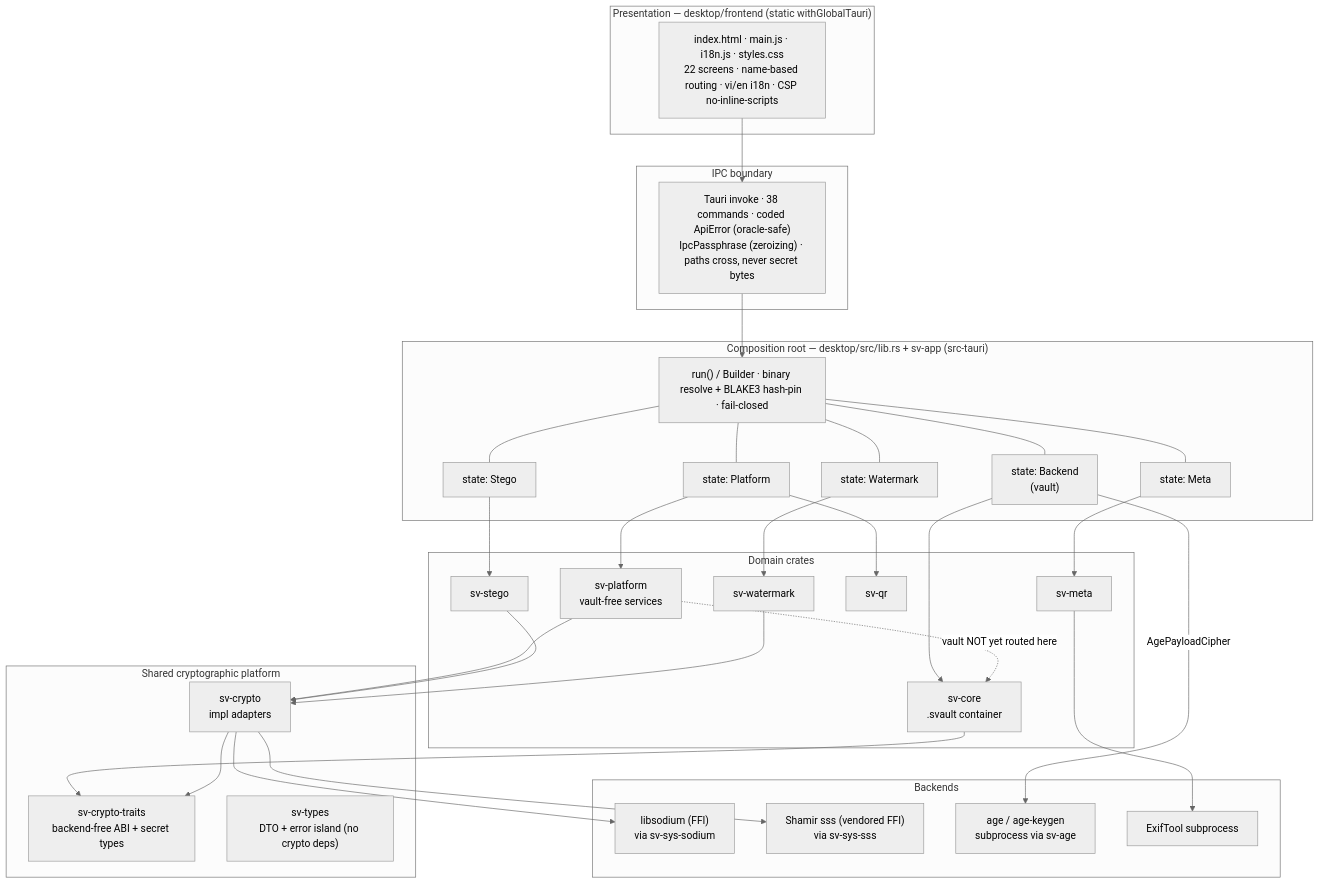
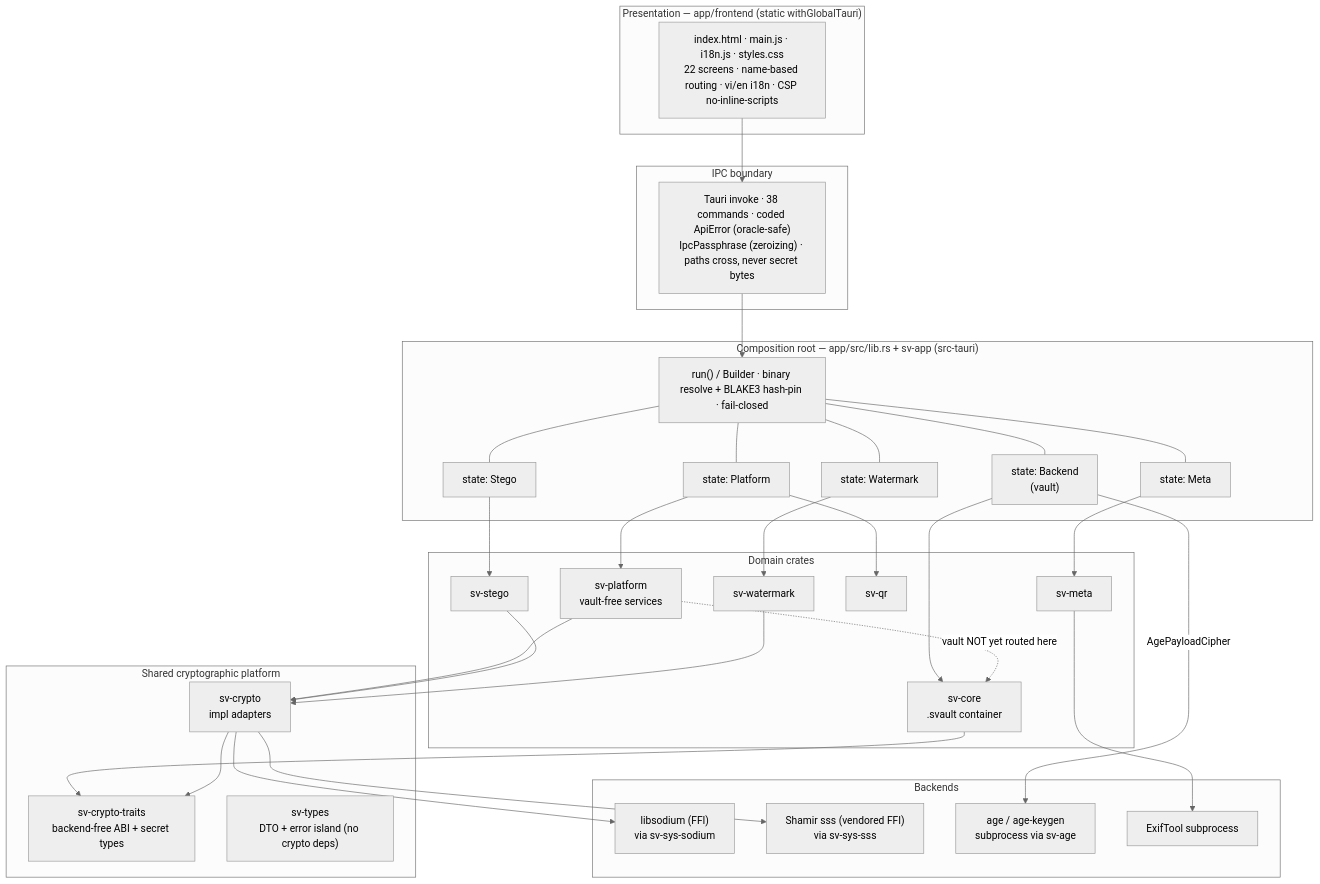
The second of 23 diagrams in docs/architecture/10-report-diagrams.md (imtoiteu/secure-vault-research), drawn with Mermaid (neutral theme) before and after one commit. The commit also changed 58 other files, not shown here.

First line of the commit message:
refactor: rename desktop/ to app/ for the shared multi-platform shell

````diff
--- a/docs/architecture/10-report-diagrams.md
+++ b/docs/architecture/10-report-diagrams.md
@@ -54,55 +54,55 @@
 ```mermaid
 flowchart TB
-    subgraph L1["Presentation — desktop/frontend (static withGlobalTauri)"]
+    subgraph L1["Presentation — app/frontend (static withGlobalTauri)"]
         ui["index.html · main.js · i18n.js · styles.css<br/>22 screens · name-based routing · vi/en i18n · CSP no-inline-scripts"]
     end
     subgraph L2["IPC boundary"]
         ipc["Tauri invoke · 38 commands · coded ApiError (oracle-safe)<br/>IpcPassphrase (zeroizing) · paths cross, never secret bytes"]
     end
-    subgraph L3["Composition root — desktop/src/lib.rs + sv-app (src-tauri)"]
+    subgraph L3["Composition root — app/src/lib.rs + sv-app (src-tauri)"]
         cr["run() / Builder · binary resolve + BLAKE3 hash-pin · fail-closed"]
         ms1["state: Backend<br/>(vault)"]
         ms2["state: Platform"]
         ms3["state: Stego"]
         ms4["state: Meta"]
         ms5["state: Watermark"]
     end
     subgraph L4["Domain crates"]
         core["sv-core<br/>.svault container"]
         plat["sv-platform<br/>vault-free services"]
         stego["sv-stego"]
         meta["sv-meta"]
         qr["sv-qr"]
         wm["sv-watermark"]
     end
     subgraph L5["Shared cryptographic platform"]
         traits["sv-crypto-traits<br/>backend-free ABI + secret types"]
         crypto["sv-crypto<br/>impl adapters"]
         types["sv-types<br/>DTO + error island (no crypto deps)"]
     end
     subgraph L6["Backends"]
         sodium["libsodium (FFI)<br/>via sv-sys-sodium"]
         sss["Shamir sss (vendored FFI)<br/>via sv-sys-sss"]
         ageb["age / age-keygen<br/>subprocess via sv-age"]
         exifb["ExifTool subprocess"]
     end
 
     ui --> ipc --> cr
     cr --- ms1 & ms2 & ms3 & ms4 & ms5
     ms1 --> core
     ms2 --> plat
     ms2 --> qr
     ms3 --> stego
     ms4 --> meta
     ms5 --> wm
     core --> traits
     plat --> crypto
     stego --> crypto
     wm --> crypto
     crypto --> traits
     crypto --> sodium
     crypto --> sss
     ms1 -->|"AgePayloadCipher"| ageb
     meta --> exifb
     plat -. "vault NOT yet routed here" .-> core
 ```
````
